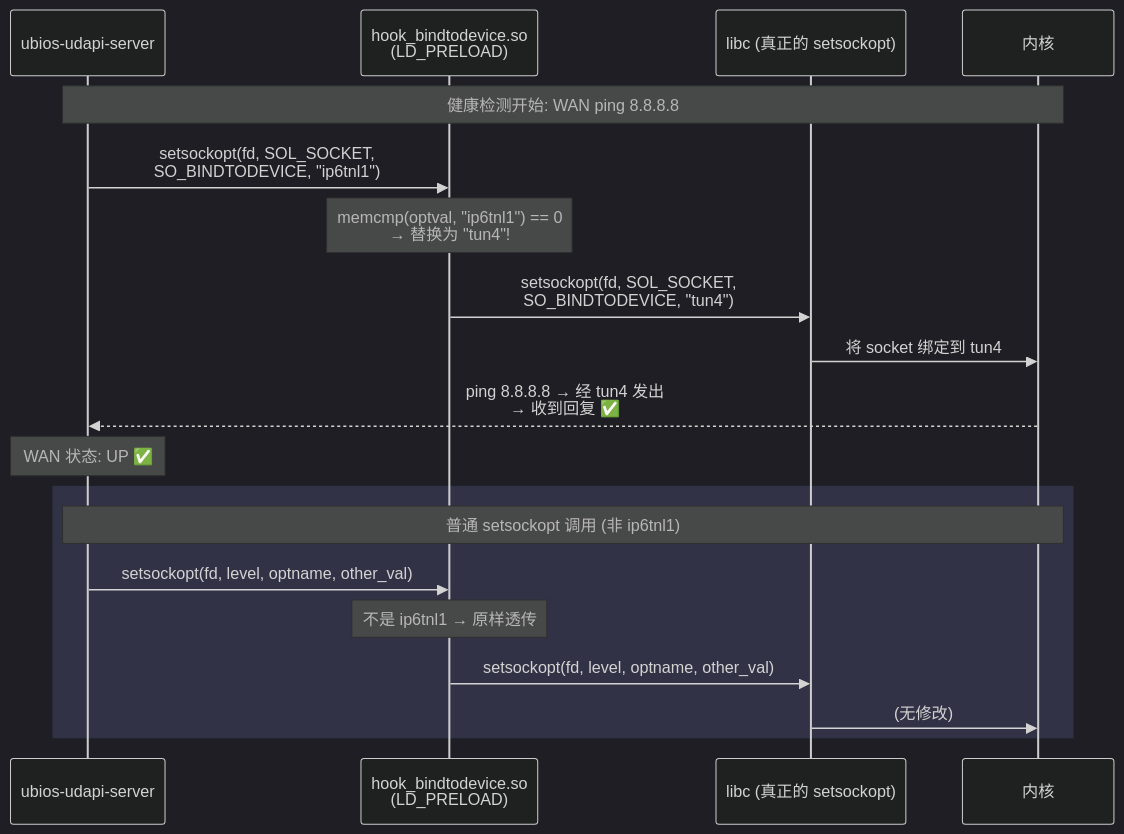
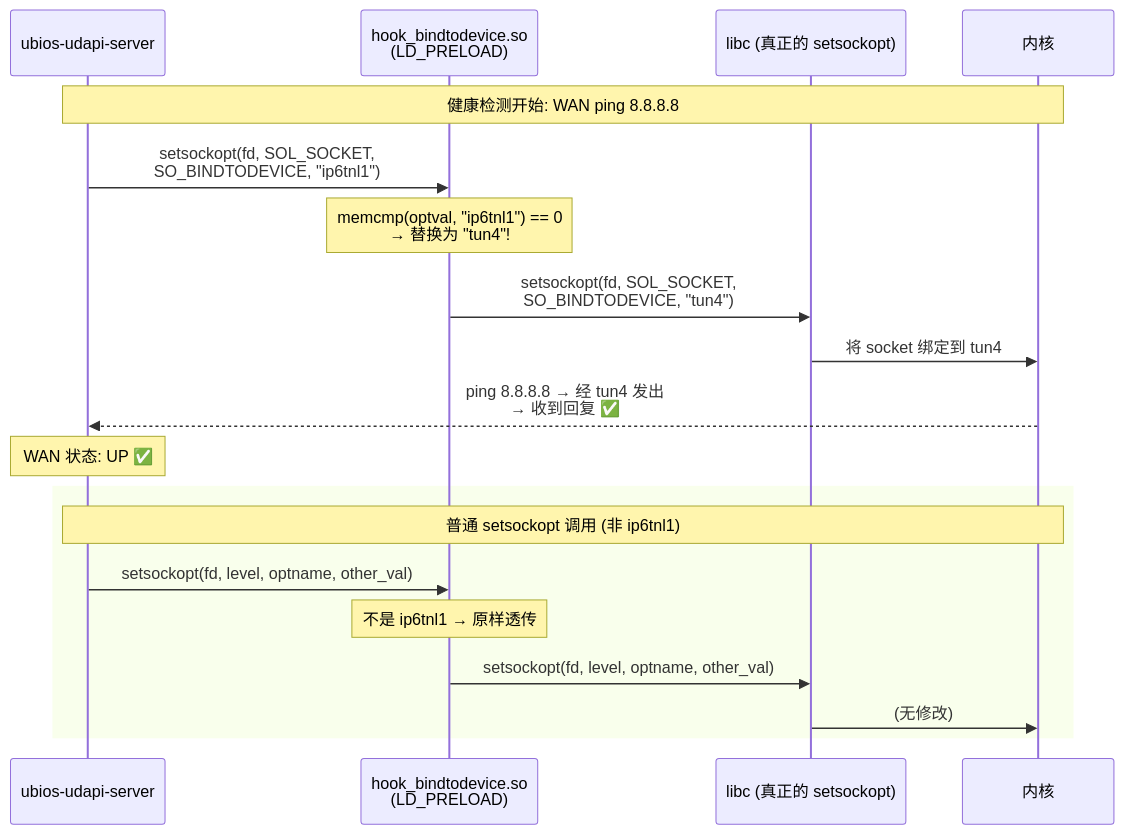
One commit to BBleae/harukawa-sayaka-blog changed the second of 3 diagrams in content/post/softbank-10g-with-ucg-fiber.md. Above: the diagram before and after it, drawn with Mermaid. The commit also changed other lines of this file, not shown here.

Commit message:
fix: 修复 mermaid 图表的格式问题，移除多余的初始化设置

````diff
--- a/content/post/softbank-10g-with-ucg-fiber.md
+++ b/content/post/softbank-10g-with-ucg-fiber.md
@@ -143,30 +137,29 @@
 ```mermaid
-%%{ init: { 'theme': 'dark', 'themeVariables': { 'fontSize': '13px' } } }%%
 sequenceDiagram
     participant U as ubios-udapi-server
     participant H as hook_bindtodevice.so<br/>(LD_PRELOAD)
     participant L as libc (真正的 setsockopt)
     participant K as 内核
 
     Note over U,K: 健康检测开始: WAN ping 8.8.8.8
 
     U->>H: setsockopt(fd, SOL_SOCKET,<br/>SO_BINDTODEVICE, "ip6tnl1")
-
+ 
     Note over H: memcmp(optval, "ip6tnl1") == 0<br/>→ 替换为 "tun4"!
 
     H->>L: setsockopt(fd, SOL_SOCKET,<br/>SO_BINDTODEVICE, "tun4")
 
     L->>K: 将 socket 绑定到 tun4
 
     K-->>U: ping 8.8.8.8 → 经 tun4 发出<br/>→ 收到回复 ✅
 
     Note over U: WAN 状态: UP ✅
 
-    rect rgb(50, 50, 70)
+    rect
         Note over U,K: 普通 setsockopt 调用 (非 ip6tnl1)
         U->>H: setsockopt(fd, level, optname, other_val)
         Note over H: 不是 ip6tnl1 → 原样透传
         H->>L: setsockopt(fd, level, optname, other_val)
         L->>K: (无修改)
     end
 ```
````
